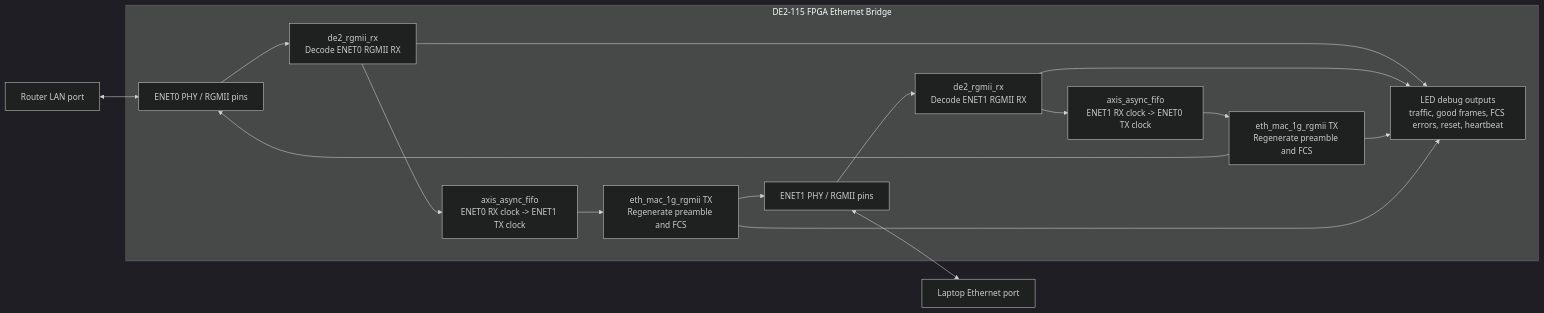
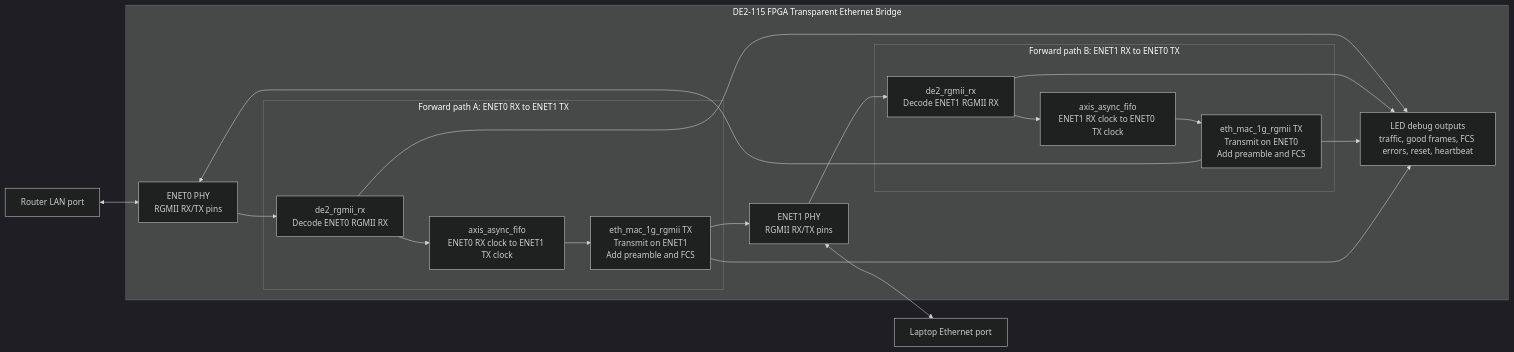
The first of 5 diagrams in docs/code_flowchart.md (TheMohammadKhalil/fpga-based-network-firewall), drawn with Mermaid (dark theme) before and after one commit. The commit also changed other lines of this file and 4 other files, not shown here.

Commit message:
flowchart edits

````diff
--- a/docs/code_flowchart.md
+++ b/docs/code_flowchart.md
@@ -9,31 +9,38 @@
 ```mermaid
 flowchart LR
     ROUTER[Router LAN port]
     LAPTOP[Laptop Ethernet port]
 
-    subgraph FPGA["DE2-115 FPGA Ethernet Bridge"]
-        ENET0[ENET0 PHY / RGMII pins]
-        ENET1[ENET1 PHY / RGMII pins]
+    subgraph FPGA["DE2-115 FPGA Transparent Ethernet Bridge"]
+        ENET0[ENET0 PHY<br/>RGMII RX/TX pins]
+        ENET1[ENET1 PHY<br/>RGMII RX/TX pins]
 
-        RX0[de2_rgmii_rx<br/>Decode ENET0 RGMII RX]
-        RX1[de2_rgmii_rx<br/>Decode ENET1 RGMII RX]
+        subgraph PATH01["Forward path A: ENET0 RX to ENET1 TX"]
+            RX0[de2_rgmii_rx<br/>Decode ENET0 RGMII RX]
+            FIFO01[axis_async_fifo<br/>ENET0 RX clock to ENET1 TX clock]
+            TX1[eth_mac_1g_rgmii TX<br/>Transmit on ENET1<br/>Add preamble and FCS]
+            RX0 --> FIFO01 --> TX1
+        end
 
-        FIFO01[axis_async_fifo<br/>ENET0 RX clock -> ENET1 TX clock]
-        FIFO10[axis_async_fifo<br/>ENET1 RX clock -> ENET0 TX clock]
-
-        TX1[eth_mac_1g_rgmii TX<br/>Regenerate preamble and FCS]
-        TX0[eth_mac_1g_rgmii TX<br/>Regenerate preamble and FCS]
+        subgraph PATH10["Forward path B: ENET1 RX to ENET0 TX"]
+            RX1[de2_rgmii_rx<br/>Decode ENET1 RGMII RX]
+            FIFO10[axis_async_fifo<br/>ENET1 RX clock to ENET0 TX clock]
+            TX0[eth_mac_1g_rgmii TX<br/>Transmit on ENET0<br/>Add preamble and FCS]
+            RX1 --> FIFO10 --> TX0
+        end
 
         LEDS[LED debug outputs<br/>traffic, good frames, FCS errors, reset, heartbeat]
     end
 
     ROUTER <--> ENET0
-    ENET0 --> RX0 --> FIFO01 --> TX1 --> ENET1
-    ENET1 --> RX1 --> FIFO10 --> TX0 --> ENET0
+    ENET0 --> RX0
+    TX0 --> ENET0
+    TX1 --> ENET1
+    ENET1 --> RX1
     ENET1 <--> LAPTOP
 
     RX0 --> LEDS
     RX1 --> LEDS
     TX0 --> LEDS
     TX1 --> LEDS
 ```
````
